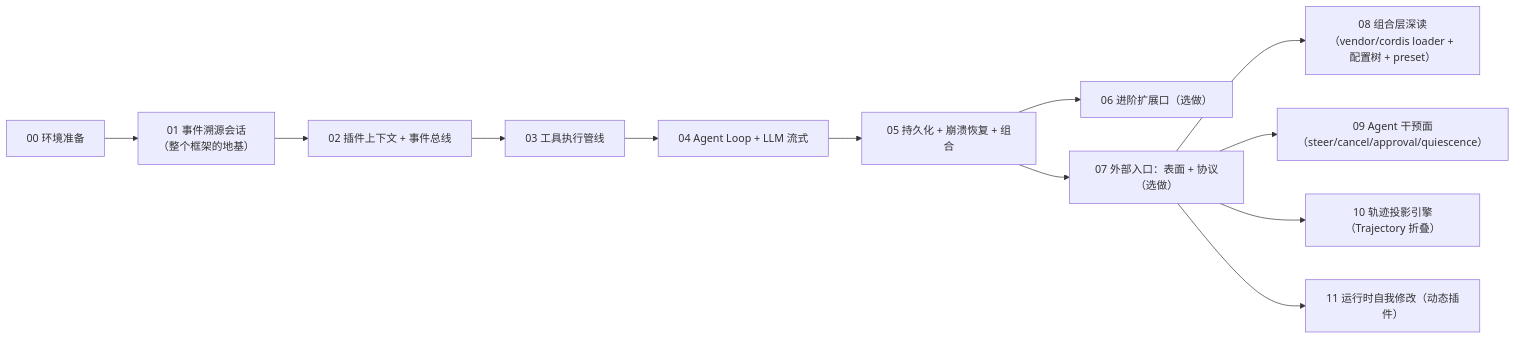
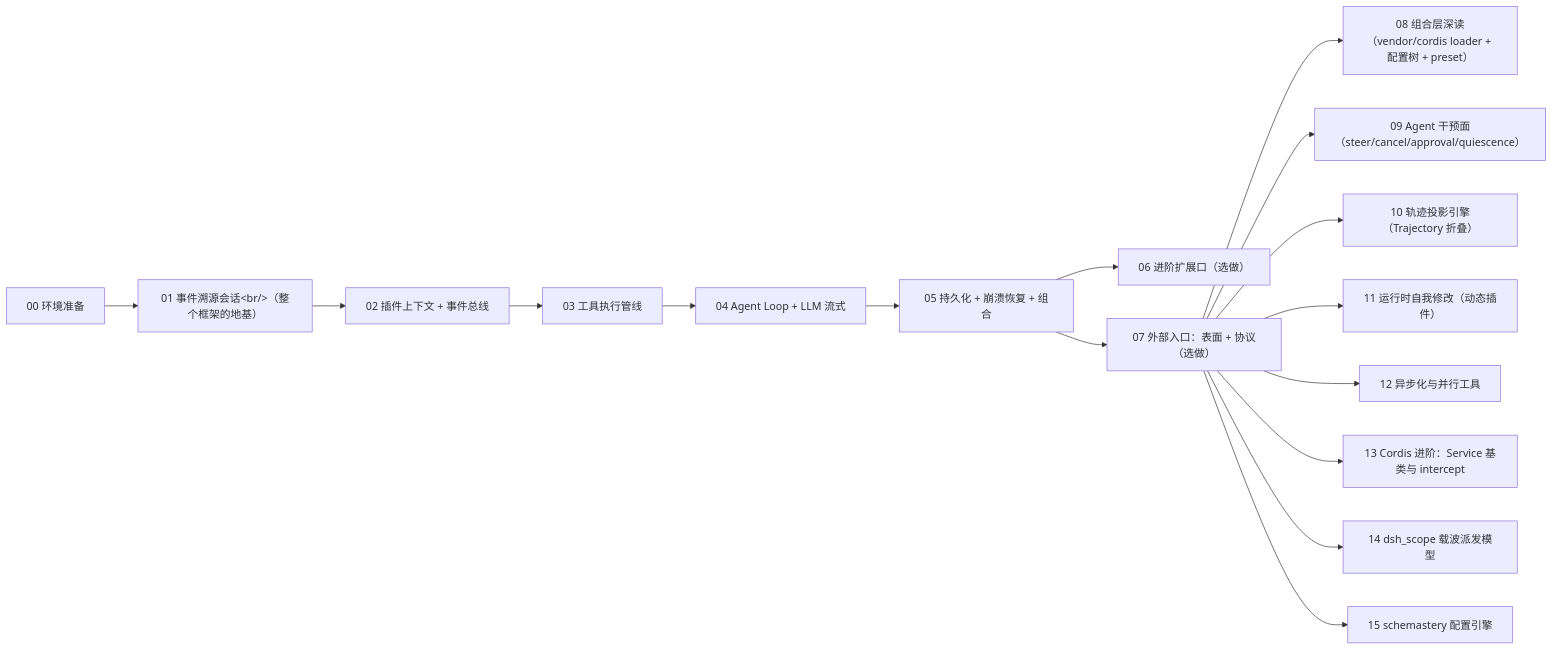
Before and after one commit to ZZKeepCurious/mini-deepseek-harness-python: the diagram in docs/index.md, drawn with Mermaid. The commit also changed other lines of this file and 27 other files, not shown here.

````diff
--- a/docs/index.md
+++ b/docs/index.md
@@ -40,14 +40,18 @@
 ```mermaid
 flowchart LR
-  A["00 环境准备"] --> B["01 事件溯源会话<br/>（整个框架的地基）"]
+  A["00 环境准备"] --> B["01 事件溯源会话&lt;br/&gt;（整个框架的地基）"]
   B --> C["02 插件上下文 + 事件总线"]
   C --> D["03 工具执行管线"]
   D --> E["04 Agent Loop + LLM 流式"]
   E --> F["05 持久化 + 崩溃恢复 + 组合"]
   F --> G["06 进阶扩展口（选做）"]
   F --> H["07 外部入口：表面 + 协议（选做）"]
   H --> I["08 组合层深读（vendor/cordis loader + 配置树 + preset）"]
   H --> J["09 Agent 干预面（steer/cancel/approval/quiescence）"]
   H --> K["10 轨迹投影引擎（Trajectory 折叠）"]
   H --> L["11 运行时自我修改（动态插件）"]
+  H --> M["12 异步化与并行工具"]
+  H --> N["13 Cordis 进阶：Service 基类与 intercept"]
+  H --> O["14 dsh_scope 载波派发模型"]
+  H --> P["15 schemastery 配置引擎"]
 ```
````
